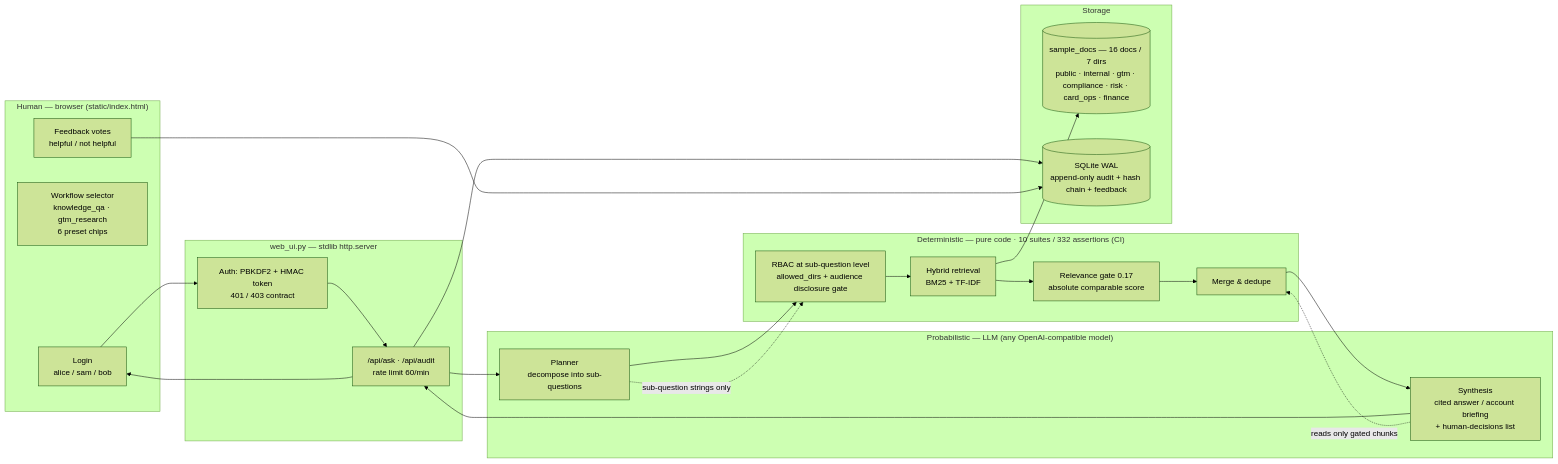
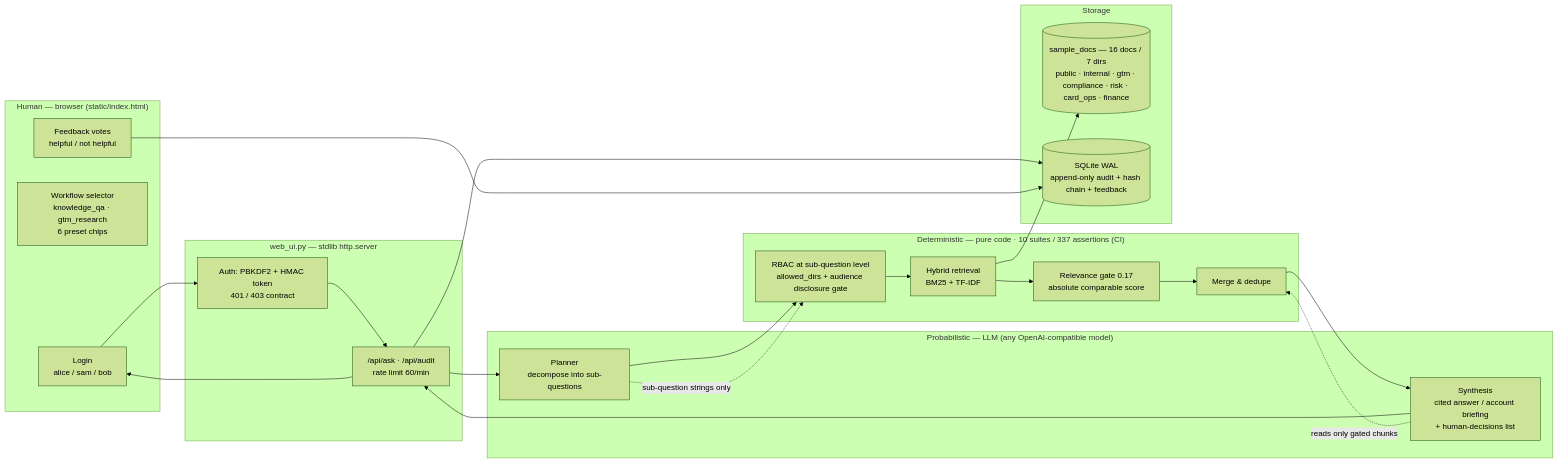
The diagram in docs/architecture.md (summersalt827/meridian-pay-kb), drawn with Mermaid (forest theme) before and after one commit. The commit also changed 7 other files, not shown here.

````diff
--- a/docs/architecture.md
+++ b/docs/architecture.md
@@ -7,32 +7,32 @@
 ```mermaid
 flowchart LR
   subgraph H["Human — browser (static/index.html)"]
     LOGIN["Login<br/>alice / sam / bob"]
     SEL["Workflow selector<br/>knowledge_qa · gtm_research<br/>6 preset chips"]
     FEED["Feedback votes<br/>helpful / not helpful"]
   end
   subgraph S["web_ui.py — stdlib http.server"]
     AUTH["Auth: PBKDF2 + HMAC token<br/>401 / 403 contract"]
     API["/api/ask · /api/audit<br/>rate limit 60/min"]
   end
   subgraph P["Probabilistic — LLM (any OpenAI-compatible model)"]
     PLAN["Planner<br/>decompose into sub-questions"]
     SYNTH["Synthesis<br/>cited answer / account briefing<br/>+ human-decisions list"]
   end
-  subgraph D["Deterministic — pure code · 10 suites / 332 assertions (CI)"]
+  subgraph D["Deterministic — pure code · 10 suites / 337 assertions (CI)"]
     RBAC["RBAC at sub-question level<br/>allowed_dirs + audience disclosure gate"]
     RET["Hybrid retrieval<br/>BM25 + TF-IDF"]
     GATE["Relevance gate 0.17<br/>absolute comparable score"]
     MERGE["Merge & dedupe"]
   end
   subgraph X["Storage"]
     DOCS[("sample_docs — 16 docs / 7 dirs<br/>public · internal · gtm · compliance · risk · card_ops · finance")]
     DB[("SQLite WAL<br/>append-only audit + hash chain + feedback")]
   end
   LOGIN --> AUTH --> API --> PLAN --> RBAC --> RET --> GATE --> MERGE --> SYNTH --> API --> LOGIN
   RET --> DOCS
   API --> DB
   FEED --> DB
   PLAN -. "sub-question strings only" .-> RBAC
   SYNTH -. "reads only gated chunks" .-> MERGE
 ```
````
